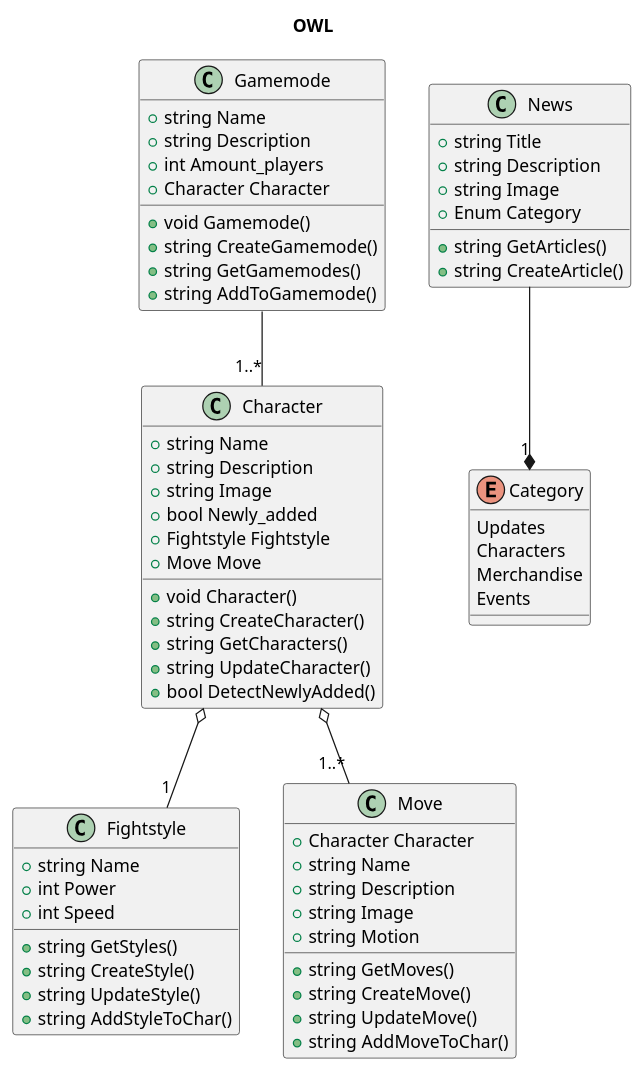
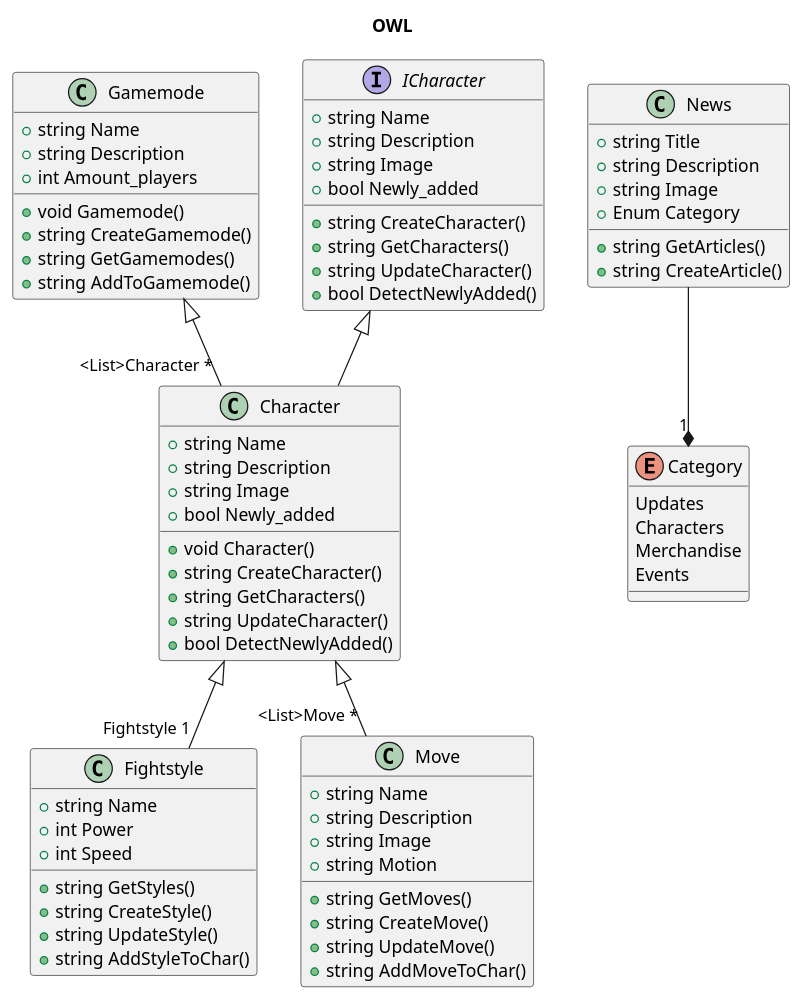
The diagram in diagram.puml (FreeGilio/Owlsite), drawn with PlantUML before and after one commit. The commit also changed 25 other files, not shown here.

```diff
--- a/diagram.puml
+++ b/diagram.puml
@@ -1,79 +1,88 @@
 @startuml OWL
 
 title OWL
 
 class Gamemode {
     + string Name
     + string Description
     + int Amount_players
-    + Character Character
 
     + void Gamemode()
     + string CreateGamemode()
     + string GetGamemodes()
     + string AddToGamemode()
 }
 
 
 class Character {
     + string Name
     + string Description
     + string Image
     + bool Newly_added
-    + Fightstyle Fightstyle
-    + Move Move
 
     + void Character()
+    + string CreateCharacter()
+    + string GetCharacters()
+    + string UpdateCharacter()
+    + bool DetectNewlyAdded()
+}
+
+Interface ICharacter {
+    + string Name
+    + string Description
+    + string Image
+    + bool Newly_added
+
     + string CreateCharacter()
     + string GetCharacters()
     + string UpdateCharacter()
     + bool DetectNewlyAdded()
 }
 
 class Fightstyle {
     + string Name
     + int Power
     + int Speed
 
     + string GetStyles()
     + string CreateStyle()
     + string UpdateStyle()
     + string AddStyleToChar()
 }
 
 class Move {
-    + Character Character
     + string Name
     + string Description
     + string Image
     + string Motion
 
     + string GetMoves()
     + string CreateMove()
     + string UpdateMove()
     + string AddMoveToChar()
 }
 
 class News {
     + string Title
     + string Description
     + string Image
     + Enum Category
 
     + string GetArticles()
     + string CreateArticle()
 }
 
 enum Category {
     Updates
     Characters
     Merchandise
     Events
 }
 
-Character o-- "1..*" Move
-Character o-- "1" Fightstyle
+Character <|-- "<List>Move *" Move
+Character <|-- "Fightstyle 1" Fightstyle
 News --* "1" Category
-Gamemode -- "1..*" Character
+Gamemode <|-- "<List>Character *" Character
+ICharacter <|--  Character
 
 @enduml
```
